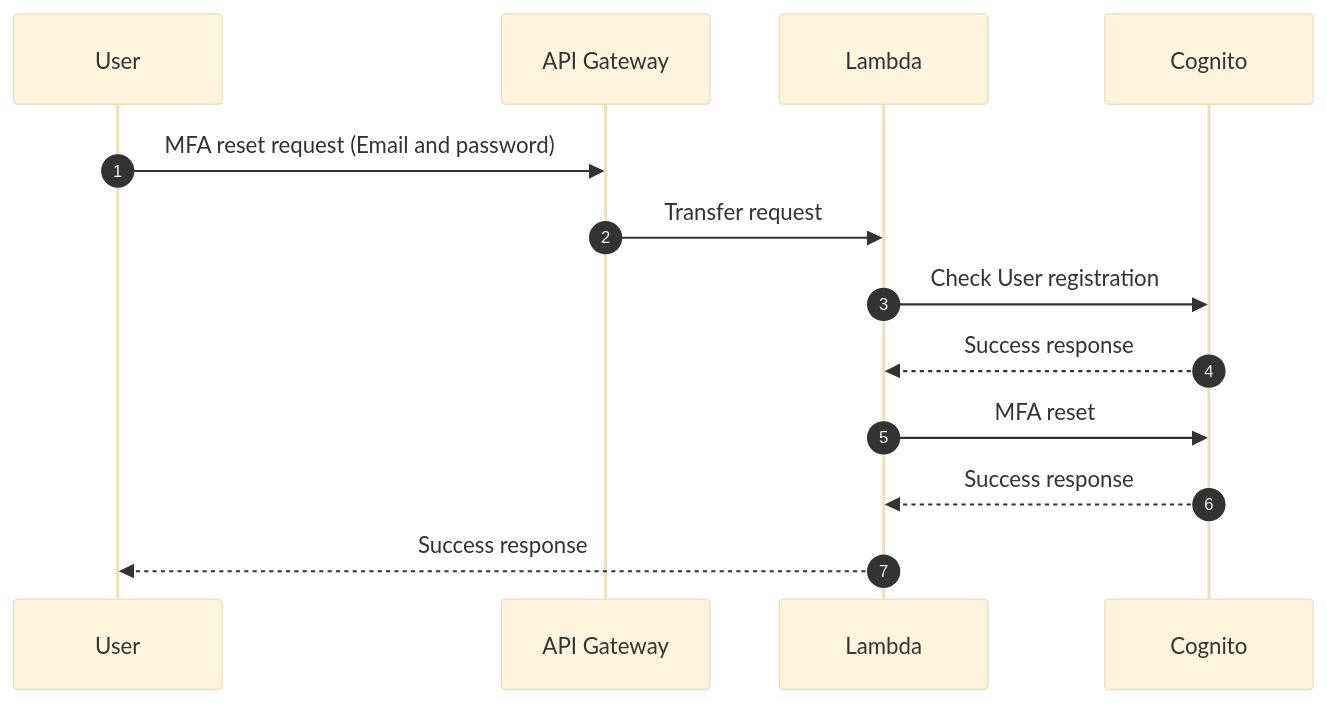
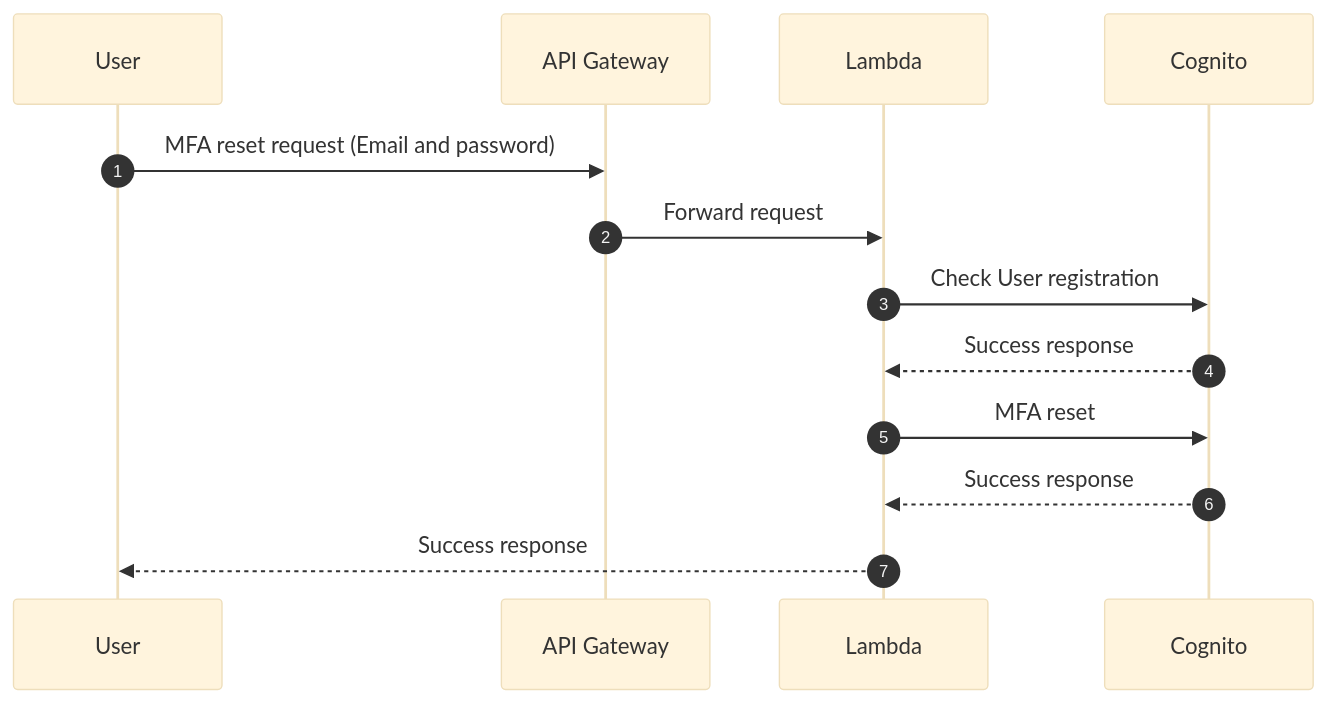
One commit to oqtopus-team/oqtopus-cloud changed the fifth of 6 diagrams in docs/en/architecture/frontend_signup_signin_flow.md. Above: the diagram before and after it, drawn with Mermaid (base theme). The commit also changed other lines of this file and 1 other file, not shown here.

Commit message:
fix: update terminology in authentication and signup flow documentation

````diff
--- a/docs/en/architecture/frontend_signup_signin_flow.md
+++ b/docs/en/architecture/frontend_signup_signin_flow.md
@@ -102,16 +102,16 @@
 ```mermaid
 sequenceDiagram
     autonumber
     participant U as User
     participant AG as API Gateway
     participant L as Lambda
     participant C as Cognito
 
     U->>AG: MFA reset request (Email and password)
-    AG->>L: Transfer request
+    AG->>L: Forward request
     L->>C: Check User registration
     C-->>L: Success response
     L->>C: MFA reset
     C-->>L: Success response
     L-->>U: Success response
 ```
````
